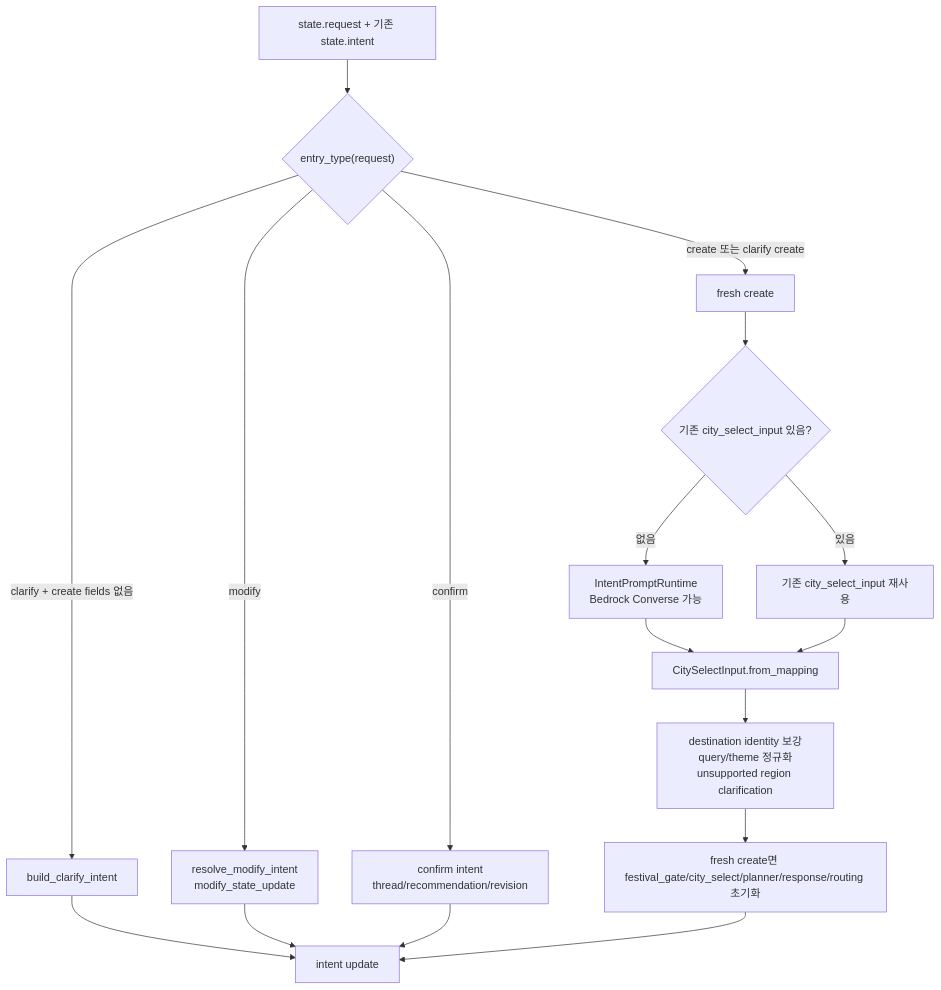
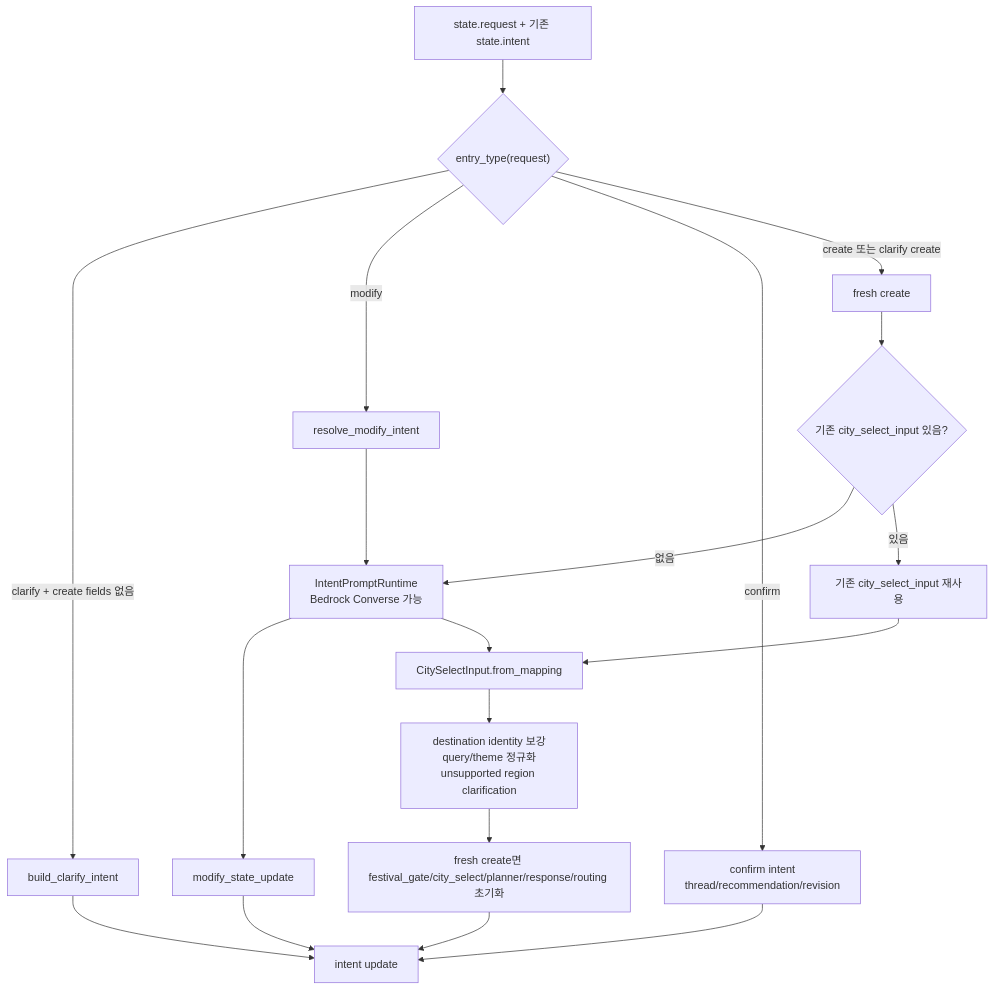
One commit to Joraemon-s-Secret-Gadgets/Lovv-agent changed the third of 11 diagrams in docs/reports/v2/V2_AGENT_STRUCTURE_MERMAID_20260708.md. Above: the diagram before and after it, drawn with Mermaid. The commit also changed 6 other files, not shown here.

First line of the commit message:
docs(v2-architecture): show modify intent LLM assist

````diff
--- a/docs/reports/v2/V2_AGENT_STRUCTURE_MERMAID_20260708.md
+++ b/docs/reports/v2/V2_AGENT_STRUCTURE_MERMAID_20260708.md
@@ -139,21 +139,23 @@
 ```mermaid
 flowchart TD
   In["state.request + 기존 state.intent"] --> EntryType{"entry_type(request)"}
   EntryType -->|"clarify + create fields 없음"| Clarify["build_clarify_intent"]
-  EntryType -->|"modify"| Modify["resolve_modify_intent\nmodify_state_update"]
+  EntryType -->|"modify"| Modify["resolve_modify_intent"]
   EntryType -->|"confirm"| Confirm["confirm intent\nthread/recommendation/revision"]
   EntryType -->|"create 또는 clarify create"| Create["fresh create"]
 
   Create --> Prompt{"기존 city_select_input 있음?"}
   Prompt -->|"없음"| PromptRuntime["IntentPromptRuntime\nBedrock Converse 가능"]
   Prompt -->|"있음"| Reuse["기존 city_select_input 재사용"]
+  Modify --> PromptRuntime
+  PromptRuntime --> ModifyUpdate["modify_state_update"]
   PromptRuntime --> Parse["CitySelectInput.from_mapping"]
   Reuse --> Parse
   Parse --> Normalize["destination identity 보강\nquery/theme 정규화\nunsupported region clarification"]
   Normalize --> Reset["fresh create면 festival_gate/city_select/planner/response/routing 초기화"]
 
   Clarify --> Out["intent update"]
-  Modify --> Out
+  ModifyUpdate --> Out
   Confirm --> Out
   Reset --> Out
 ```
````
